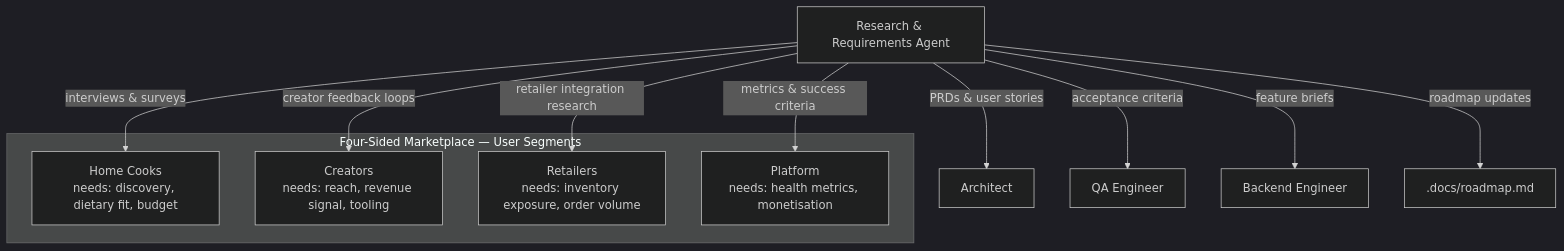
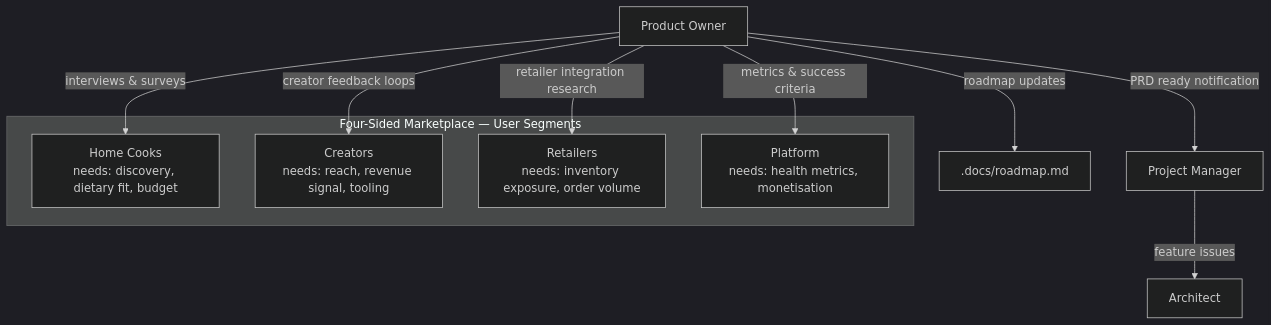
One commit to adammarquette/RecipeIQ changed the diagram in .org/research/CLAUDE.md. Above: the diagram before and after it, drawn with Mermaid (dark theme). The commit also changed other lines of this file and 26 other files, not shown here.

````diff
--- a/.org/research/CLAUDE.md
+++ b/.org/research/CLAUDE.md
@@ -43,21 +60,20 @@
 ```mermaid
 graph TD
     subgraph Segments["Four-Sided Marketplace — User Segments"]
         HC[Home Cooks\nneeds: discovery, dietary fit, budget]
         CR[Creators\nneeds: reach, revenue signal, tooling]
         RT[Retailers\nneeds: inventory exposure, order volume]
         PL[Platform\nneeds: health metrics, monetisation]
     end
 
-    RR[Research & Requirements Agent]
+    PO[Product Owner]
 
-    RR -->|interviews & surveys| HC
-    RR -->|creator feedback loops| CR
-    RR -->|retailer integration research| RT
-    RR -->|metrics & success criteria| PL
+    PO -->|interviews & surveys| HC
+    PO -->|creator feedback loops| CR
+    PO -->|retailer integration research| RT
+    PO -->|metrics & success criteria| PL
 
-    RR -->|PRDs & user stories| AR[Architect]
-    RR -->|acceptance criteria| QA[QA Engineer]
-    RR -->|feature briefs| BE[Backend Engineer]
-    RR -->|roadmap updates| RM[.docs/roadmap.md]
+    PO -->|PRD ready notification| PM[Project Manager]
+    PM -->|feature issues| AR[Architect]
+    PO -->|roadmap updates| RM[.docs/roadmap.md]
 ```
````
